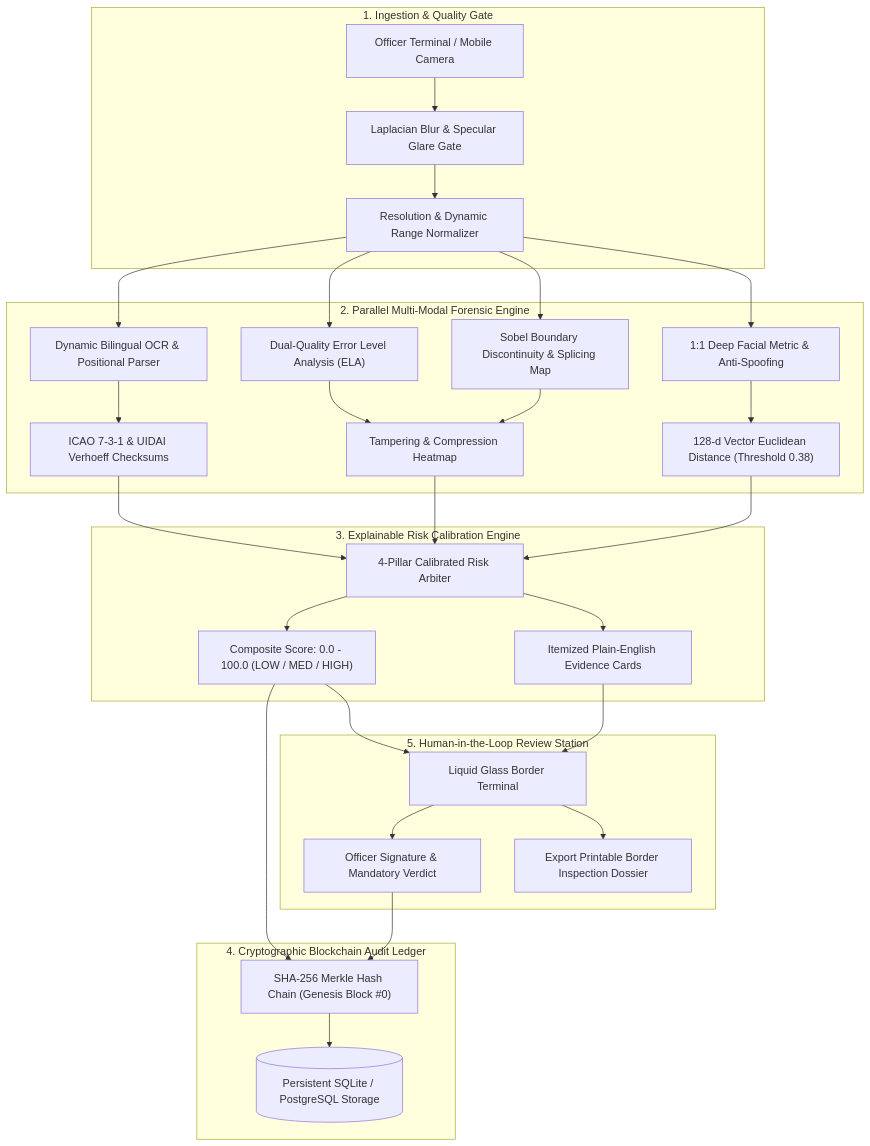
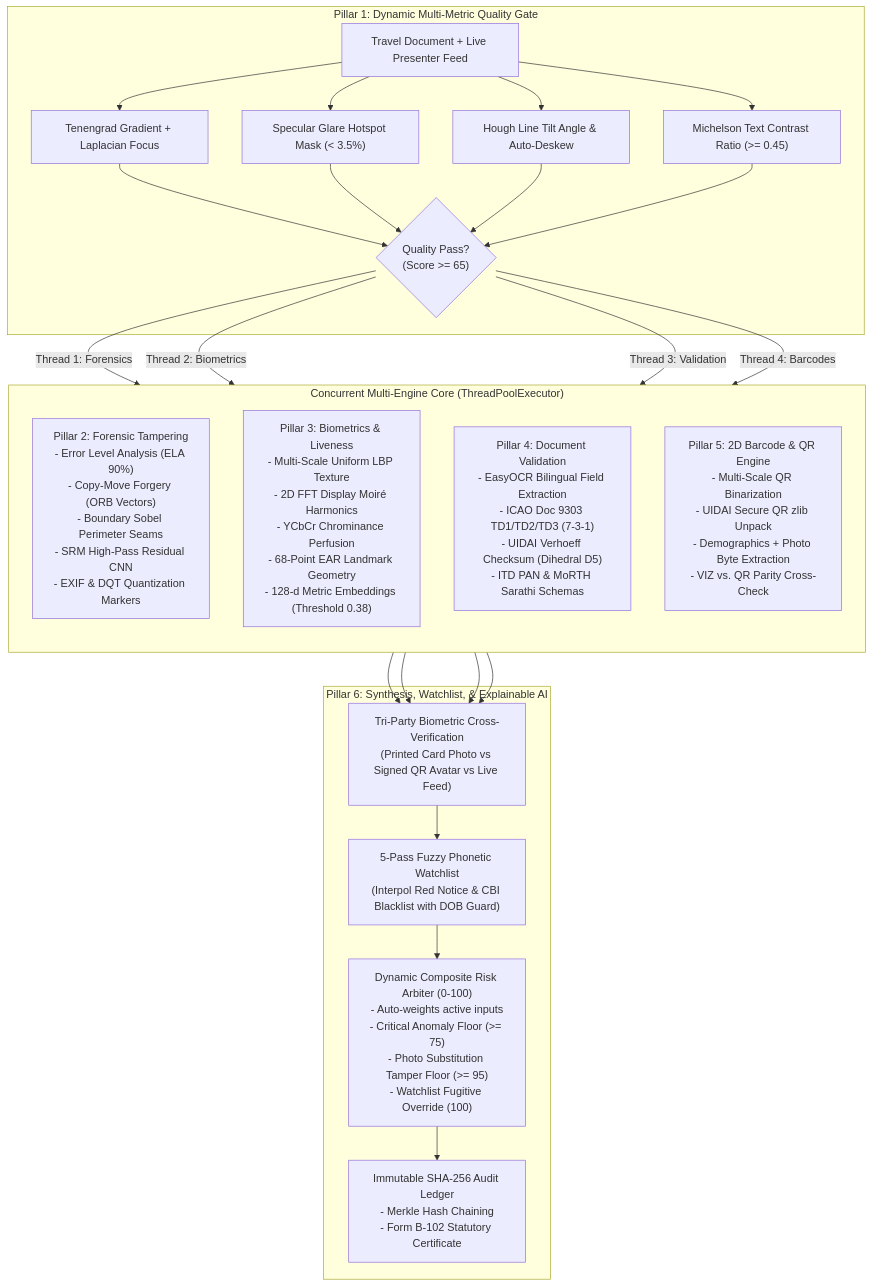
One commit to commitlesslife/ForgeProof changed the diagram in README.md. Above: the diagram before and after it, drawn with Mermaid. The commit also changed other lines of this file, not shown here.

Commit message:
docs: update comprehensive README with 6 production pillars, tri-party forensics, CMFD, quality gate, and empirical benchmarks

````diff
--- a/README.md
+++ b/README.md
@@ -43,40 +46,25 @@
 ```mermaid
 flowchart TD
-    subgraph INGESTION ["1. Ingestion & Quality Gate"]
-        UI["Officer Terminal / Mobile Camera"] --> QG["Laplacian Blur & Specular Glare Gate"]
-        QG --> RES["Resolution & Dynamic Range Normalizer"]
+    subgraph INGESTION["Pillar 1: Dynamic Multi-Metric Quality Gate"]
+        In["Travel Document + Live Presenter Feed"] --> QG1["Tenengrad Gradient + Laplacian Focus"]
+        In --> QG2["Specular Glare Hotspot Mask (< 3.5%)"]
+        In --> QG3["Hough Line Tilt Angle & Auto-Deskew"]
+        In --> QG4["Michelson Text Contrast Ratio (>= 0.45)"]
+        QG1 & QG2 & QG3 & QG4 --> QG_Decision{"Quality Pass?<br/>(Score >= 65)"}
     end
 
-    subgraph CORE ["2. Parallel Multi-Modal Forensic Engine"]
-        RES --> OCR["Dynamic Bilingual OCR & Positional Parser"]
-        RES --> ELA["Dual-Quality Error Level Analysis (ELA)"]
-        RES --> SOB["Sobel Boundary Discontinuity & Splicing Map"]
-        RES --> BIO["1:1 Deep Facial Metric & Anti-Spoofing"]
-        
-        OCR --> CHK["ICAO 7-3-1 & UIDAI Verhoeff Checksums"]
-        ELA --> TAMPER["Tampering & Compression Heatmap"]
-        SOB --> TAMPER
-        BIO --> FACE["128-d Vector Euclidean Distance (Threshold 0.38)"]
+    subgraph CONCURRENT["Concurrent Multi-Engine Core (ThreadPoolExecutor)"]
+        direction TB
+        QG_Decision -->|Thread 1: Forensics| P2["Pillar 2: Forensic Tampering<br/>- Error Level Analysis (ELA 90%)<br/>- Copy-Move Forgery (ORB Vectors)<br/>- Boundary Sobel Perimeter Seams<br/>- SRM High-Pass Residual CNN<br/>- EXIF & DQT Quantization Markers"]
+        QG_Decision -->|Thread 2: Biometrics| P3["Pillar 3: Biometrics & Liveness<br/>- Multi-Scale Uniform LBP Texture<br/>- 2D FFT Display Moiré Harmonics<br/>- YCbCr Chrominance Perfusion<br/>- 68-Point EAR Landmark Geometry<br/>- 128-d Metric Embeddings (Threshold 0.38)"]
+        QG_Decision -->|Thread 3: Validation| P4["Pillar 4: Document Validation<br/>- EasyOCR Bilingual Field Extraction<br/>- ICAO Doc 9303 TD1/TD2/TD3 (7-3-1)<br/>- UIDAI Verhoeff Checksum (Dihedral D5)<br/>- ITD PAN & MoRTH Sarathi Schemas"]
+        QG_Decision -->|Thread 4: Barcodes| P5["Pillar 5: 2D Barcode & QR Engine<br/>- Multi-Scale QR Binarization<br/>- UIDAI Secure QR zlib Unpack<br/>- Demographics + Photo Byte Extraction<br/>- VIZ vs. QR Parity Cross-Check"]
     end
 
-    subgraph RISK ["3. Explainable Risk Calibration Engine"]
-        CHK --> XAI["4-Pillar Calibrated Risk Arbiter"]
-        TAMPER --> XAI
-        FACE --> XAI
-        XAI --> SCORE["Composite Score: 0.0 - 100.0 (LOW / MED / HIGH)"]
-        XAI --> EVID["Itemized Plain-English Evidence Cards"]
-    end
-
-    subgraph LEDGER ["4. Cryptographic Blockchain Audit Ledger"]
-        SCORE --> CHAIN["SHA-256 Merkle Hash Chain (Genesis Block #0)"]
-        CHAIN --> DB[("Persistent SQLite / PostgreSQL Storage")]
-    end
-
-    subgraph STATION ["5. Human-in-the-Loop Review Station"]
-        SCORE --> DASH["Liquid Glass Border Terminal"]
-        EVID --> DASH
-        DASH --> SIGN["Officer Signature & Mandatory Verdict"]
-        SIGN --> CHAIN
-        DASH --> PDF["Export Printable Border Inspection Dossier"]
+    subgraph RECONCILIATION["Pillar 6: Synthesis, Watchlist, & Explainable AI"]
+        P2 & P3 & P4 & P5 --> Tri["Tri-Party Biometric Cross-Verification<br/>(Printed Card Photo vs Signed QR Avatar vs Live Feed)"]
+        Tri --> Watch["5-Pass Fuzzy Phonetic Watchlist<br/>(Interpol Red Notice & CBI Blacklist with DOB Guard)"]
+        Watch --> XAI["Dynamic Composite Risk Arbiter (0-100)<br/>- Auto-weights active inputs<br/>- Critical Anomaly Floor (>= 75)<br/>- Photo Substitution Tamper Floor (>= 95)<br/>- Watchlist Fugitive Override (100)"]
+        XAI --> Ledger["Immutable SHA-256 Audit Ledger<br/>- Merkle Hash Chaining<br/>- Form B-102 Statutory Certificate"]
     end
 ```
````
